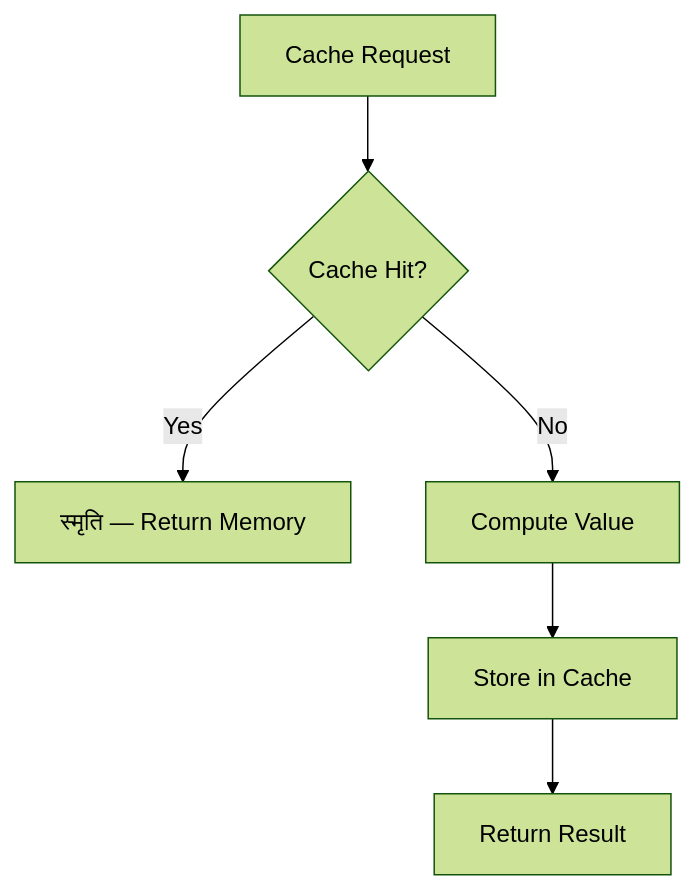
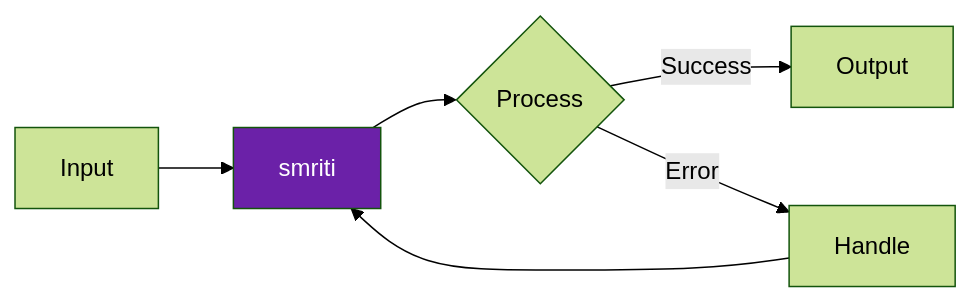
The diagram in README.md (darshjme/smriti), drawn with Mermaid (forest theme) before and after one commit. The commit also changed other lines of this file, not shown here.

First line of the commit message:
feat(vedic-v3): rename to smriti (स्मृति)

````diff
--- a/README.md
+++ b/README.md
@@ -35,8 +37,9 @@
 ```mermaid
-flowchart TD
-    A[Cache Request] --> B{Cache Hit?}
-    B -->|Yes| C[स्मृति — Return Memory]
-    B -->|No| D[Compute Value]
-    D --> E[Store in Cache]
-    E --> F[Return Result]
+flowchart LR
+    A[Input] --> B[smriti]
+    B --> C{Process}
+    C -- Success --> D[Output]
+    C -- Error --> E[Handle]
+    E --> B
+    style B fill:#6b21a8,color:#fff
 ```
````
